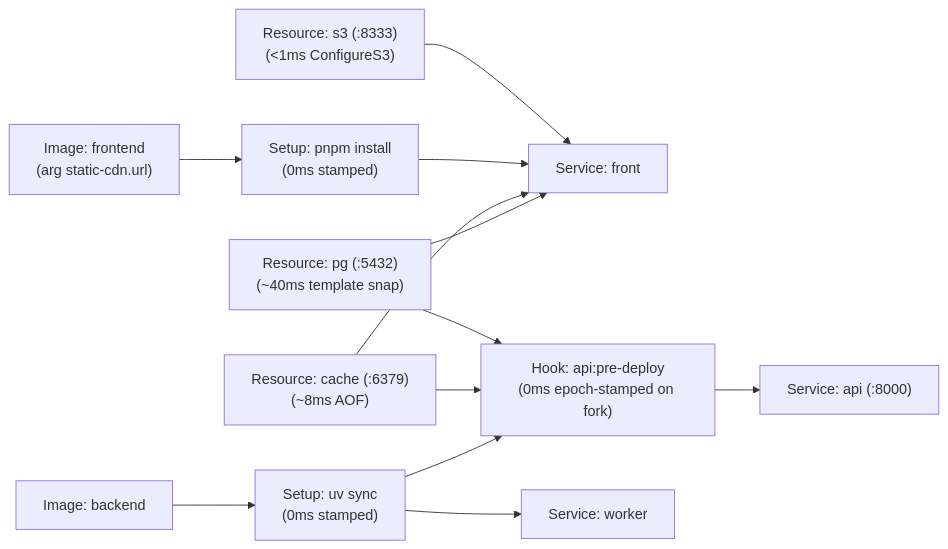
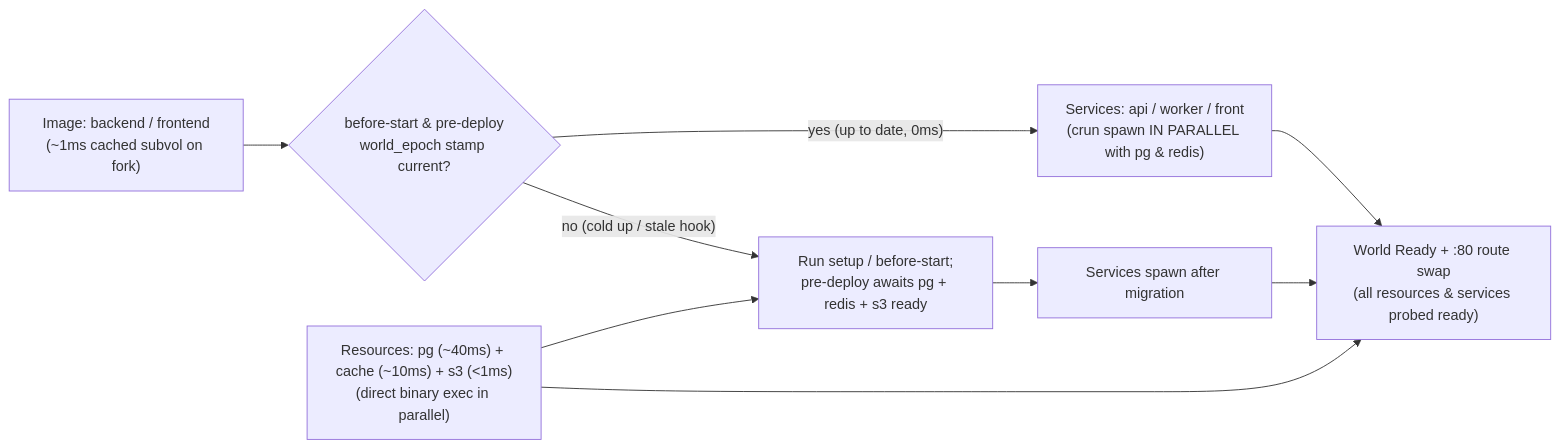
One commit to OffworldNexus/slipfork changed the second of 3 diagrams in specs/03-under-the-hood.md. Above: the diagram before and after it, drawn with Mermaid. The commit also changed other lines of this file and 12 other files, not shown here.

Commit message:
[M3.49] Lock specs: real-PTY slipfork shell (db/redis deleted), DECSTBM 1-line-per-task bar & <1s 8-component fork

````diff
--- a/specs/03-under-the-hood.md
+++ b/specs/03-under-the-hood.md
@@ -71,10 +73,9 @@
 ```mermaid
 flowchart LR
-  S3["Resource: s3 (:8333)\n(<1ms ConfigureS3)"] --> Front["Service: front"]
-  ImgB["Image: backend"] --> Uv["Setup: uv sync\n(0ms stamped)"]
-  ImgF["Image: frontend\n(arg static-cdn.url)"] --> Pnpm["Setup: pnpm install\n(0ms stamped)"]
-  Pg["Resource: pg (:5432)\n(~40ms template snap)"] & Cache["Resource: cache (:6379)\n(~8ms AOF)"] & Uv --> Pre["Hook: api:pre-deploy\n(0ms epoch-stamped on fork)"]
-  Uv --> Worker["Service: worker"]
-  Pre --> Api["Service: api (:8000)"]
-  Pnpm & Cache & Pg --> Front
+  Img["Image: backend / frontend\n(~1ms cached subvol on fork)"] --> Stamp{"before-start & pre-deploy\nworld_epoch stamp current?"}
+  Res["Resources: pg (~40ms) + cache (~10ms) + s3 (<1ms)\n(direct binary exec in parallel)"]
+  Stamp -->|"yes (up to date, 0ms)"| FastSvc["Services: api / worker / front\n(crun spawn IN PARALLEL with pg & redis)"]
+  Stamp -->|"no (cold up / stale hook)"| GateHook["Run setup / before-start;\npre-deploy awaits pg + redis + s3 ready"]
+  Res --> GateHook --> SlowSvc["Services spawn after migration"]
+  FastSvc & SlowSvc & Res --> Ready["World Ready + :80 route swap\n(all resources & services probed ready)"]
 ```
````
